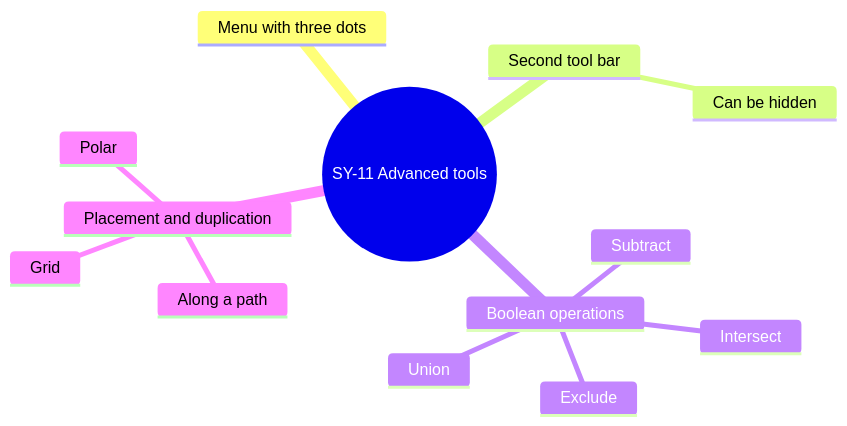
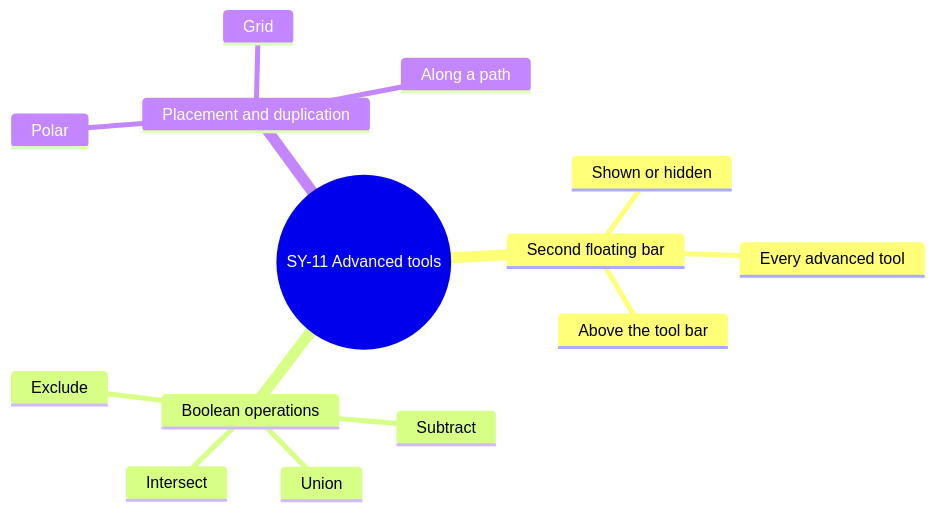
Before and after one commit to AlexandreGallais/synoptic-studio-spec: diagram 13 of 13 in screens/symbols.md, drawn with Mermaid. The commit also changed other lines of this file and 23 other files, not shown here.

````diff
--- a/screens/symbols.md
+++ b/screens/symbols.md
@@ -458,16 +491,17 @@
 ```mermaid
 mindmap
   root((SY-11 Advanced tools))
-    Menu with three dots
-    Second tool bar
-      Can be hidden
+    Second floating bar
+      Above the tool bar
+      Shown or hidden
+      Every advanced tool
     Boolean operations
       Union
       Subtract
       Intersect
       Exclude
     Placement and duplication
       Polar
       Along a path
       Grid
 ```
````
